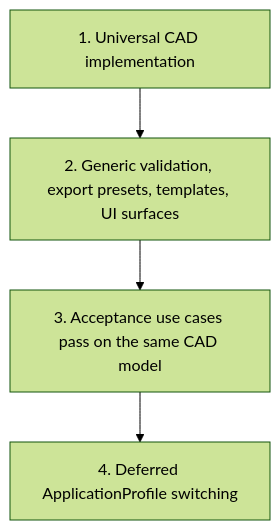
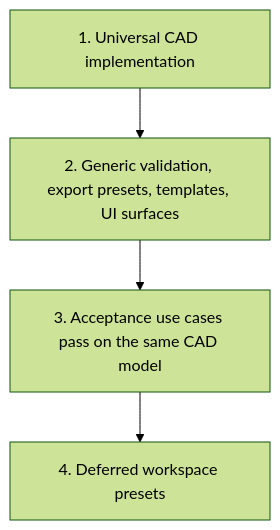
The second of 5 diagrams in Rupa/PRODUCT_REQUIREMENTS.md (1amageek/Rupa), drawn with Mermaid (forest theme) before and after one commit. The commit also changed other lines of this file and 447 other files, not shown here.

````diff
--- a/Rupa/PRODUCT_REQUIREMENTS.md
+++ b/Rupa/PRODUCT_REQUIREMENTS.md
@@ -49,6 +59,6 @@
 ```mermaid
 flowchart TD
     Universal["1. Universal CAD implementation"] --> Generic["2. Generic validation, export presets, templates, UI surfaces"]
     Generic --> Accept["3. Acceptance use cases pass on the same CAD model"]
-    Accept --> Profiles["4. Deferred ApplicationProfile switching"]
+    Accept --> Presets["4. Deferred workspace presets"]
 ```
````
